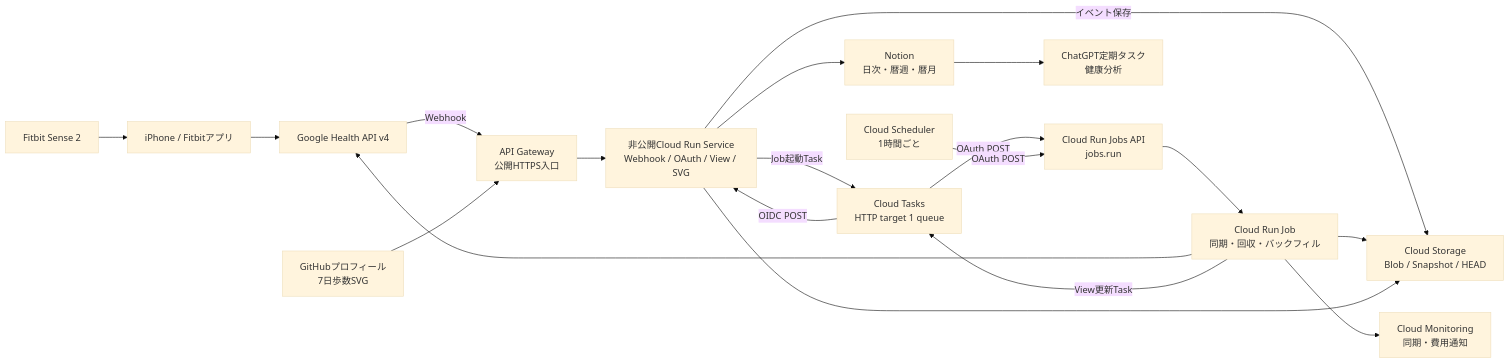
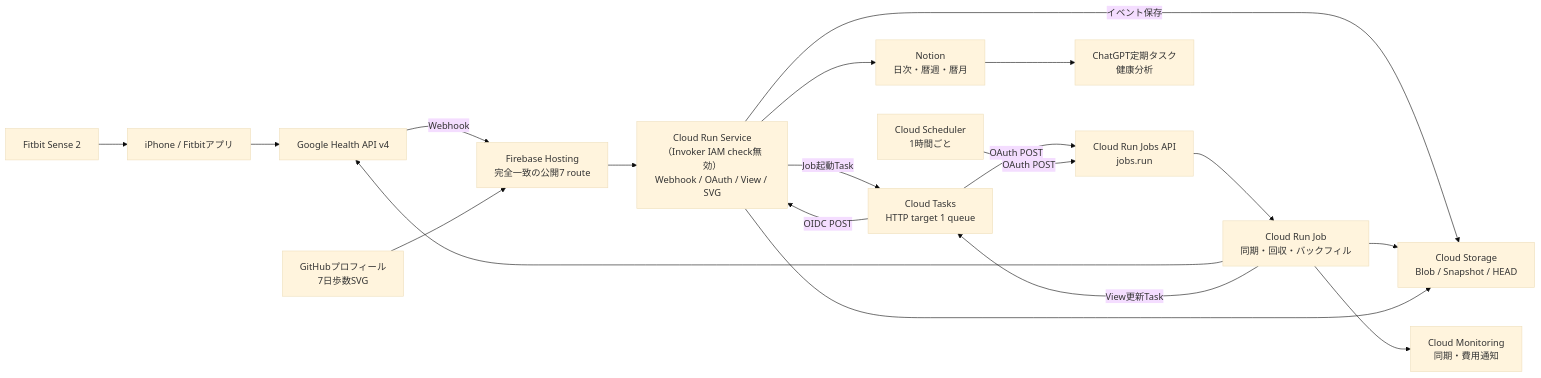
Before and after one commit to binbianlong/health-data-pipeline: the diagram in DESIGN.md, drawn with Mermaid (base theme). The commit also changed other lines of this file and 12 other files, not shown here.

````diff
--- a/DESIGN.md
+++ b/DESIGN.md
@@ -73,33 +73,33 @@
 ```mermaid
 flowchart LR
     Fitbit["Fitbit Sense 2"]
     iPhone["iPhone / Fitbitアプリ"]
     Health["Google Health API v4"]
-    Gateway["API Gateway<br/>公開HTTPS入口"]
-    Service["非公開Cloud Run Service<br/>Webhook / OAuth / View / SVG"]
+    Hosting["Firebase Hosting<br/>完全一致の公開7 route"]
+    Service["Cloud Run Service（Invoker IAM check無効）<br/>Webhook / OAuth / View / SVG"]
     Tasks["Cloud Tasks<br/>HTTP target 1 queue"]
     RunAPI["Cloud Run Jobs API<br/>jobs.run"]
     Scheduler["Cloud Scheduler<br/>1時間ごと"]
     Job["Cloud Run Job<br/>同期・回収・バックフィル"]
     GCS["Cloud Storage<br/>Blob / Snapshot / HEAD"]
     Notion["Notion<br/>日次・暦週・暦月"]
     ChatGPT["ChatGPT定期タスク<br/>健康分析"]
     GitHub["GitHubプロフィール<br/>7日歩数SVG"]
     Monitoring["Cloud Monitoring<br/>同期・費用通知"]
 
     Fitbit --> iPhone --> Health
-    Health -- "Webhook" --> Gateway --> Service
+    Health -- "Webhook" --> Hosting --> Service
     Service -- "イベント保存" --> GCS
     Service -- "Job起動Task" --> Tasks
     Tasks -- "OAuth POST" --> RunAPI --> Job
     Scheduler -- "OAuth POST" --> RunAPI
     Job --> Health
     Job --> GCS
     Job -- "View更新Task" --> Tasks
     Tasks -- "OIDC POST" --> Service
     Service --> Notion
     Service --> GCS
     Notion --> ChatGPT
-    GitHub --> Gateway
+    GitHub --> Hosting
     Job --> Monitoring
 ```
````
